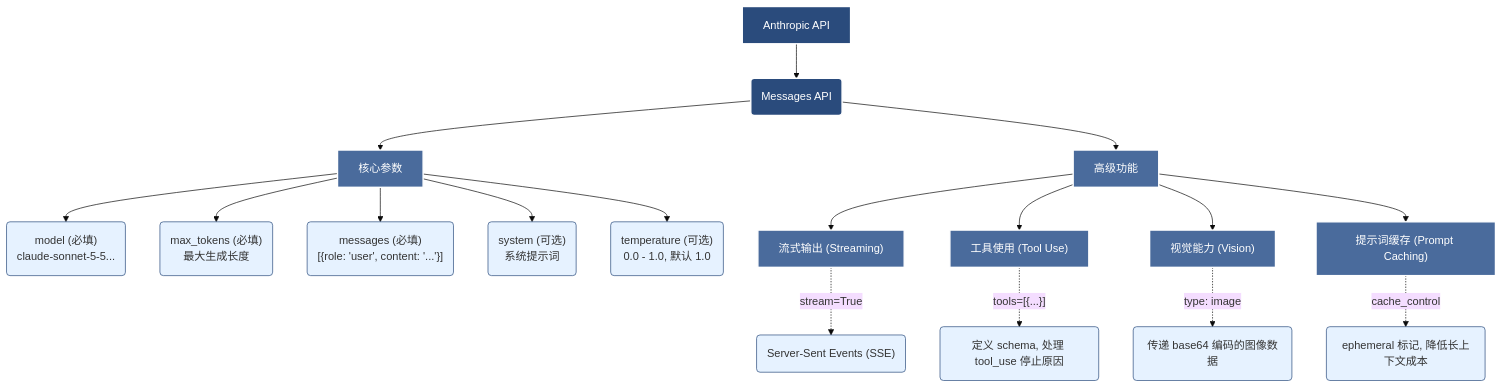
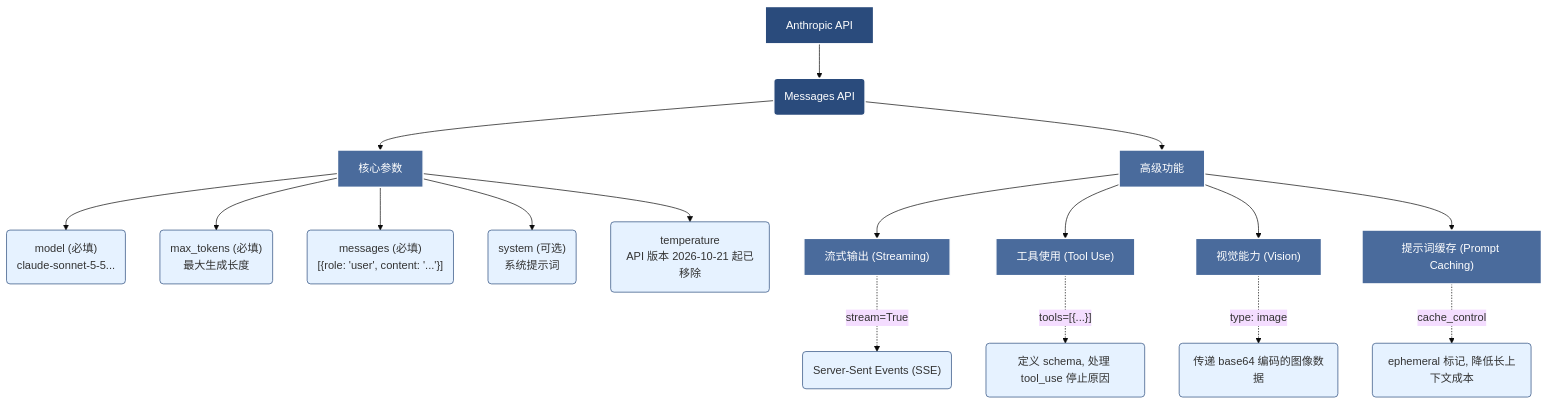
The diagram in 12_appendix/12.1_api_ref.md (yeasy/claude_guide), drawn with Mermaid (base theme) before and after one commit. The commit also changed other lines of this file and 3 other files, not shown here.

First line of the commit message:
docs(api): temperature/top_p/top_k removed in API version 2026-10-21

````diff
--- a/12_appendix/12.1_api_ref.md
+++ b/12_appendix/12.1_api_ref.md
@@ -8,27 +8,27 @@
 ```mermaid
 graph TD
     classDef core fill:#2a4b7c,stroke:#fff,stroke-width:2px,color:#fff;
     classDef feature fill:#4a6b9c,stroke:#fff,stroke-width:2px,color:#fff;
     classDef param fill:#e6f2ff,stroke:#2a4b7c,stroke-width:1px,color:#333;
 
     A[Anthropic API]:::core --> B(Messages API):::core
 
     B --> C1[核心参数]:::feature
     B --> C2[高级功能]:::feature
 
     C1 --> P1("model (必填)<br>claude-sonnet-5-5..."):::param
     C1 --> P2("max_tokens (必填)<br>最大生成长度"):::param
     C1 --> P3("messages (必填)<br>[{role: 'user', content: '...'}]"):::param
     C1 --> P4("system (可选)<br>系统提示词"):::param
-    C1 --> P5("temperature (可选)<br>0.0 - 1.0, 默认 1.0"):::param
+    C1 --> P5("temperature<br>API 版本 2026-10-21 起已移除"):::param
 
     C2 --> F1["流式输出 (Streaming)"]:::feature
     C2 --> F2["工具使用 (Tool Use)"]:::feature
     C2 --> F3["视觉能力 (Vision)"]:::feature
     C2 --> F4["提示词缓存 (Prompt Caching)"]:::feature
 
     F1 -.-> |"stream=True"| S1("Server-Sent Events (SSE)"):::param
     F2 -.-> |"tools=[{...}]"| S2("定义 schema, 处理 tool_use 停止原因"):::param
     F3 -.-> |"type: image"| S3("传递 base64 编码的图像数据"):::param
     F4 -.-> |"cache_control"| S4("ephemeral 标记, 降低长上下文成本"):::param
 ```
````
